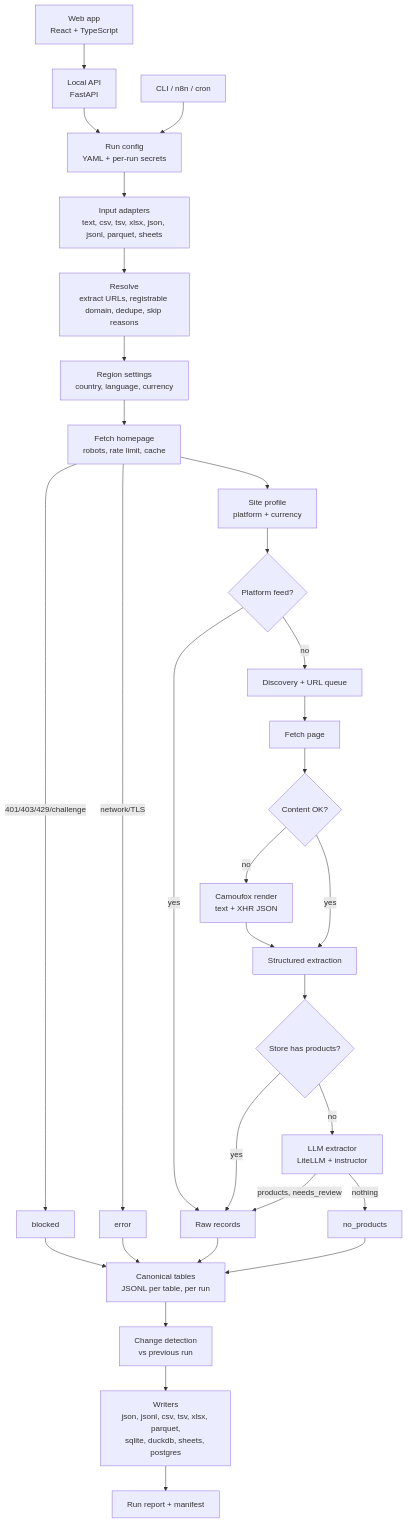
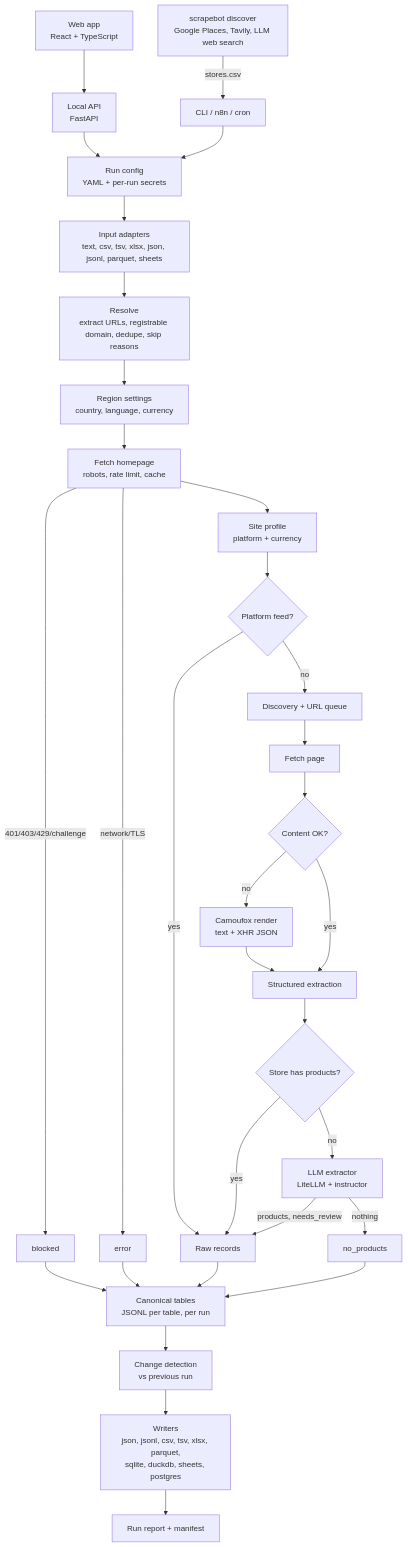
Before and after one commit to Wooden-Ships-Knits/scrapping-bot: the first of 2 diagrams in docs/architecture/overview.md, drawn with Mermaid. The commit also changed other lines of this file and 30 other files, not shown here.

First line of the commit message:
feat(discover): find knitwear stores before a run; flag knitwear products

````diff
--- a/docs/architecture/overview.md
+++ b/docs/architecture/overview.md
@@ -40,33 +44,34 @@
 ```mermaid
 flowchart TD
+    DS[scrapebot discover<br/>Google Places, Tavily, LLM web search] -->|stores.csv| CLI
     UI[Web app<br/>React + TypeScript] --> API[Local API<br/>FastAPI]
     API --> CFG[Run config<br/>YAML + per-run secrets]
     CLI[CLI / n8n / cron] --> CFG
     CFG --> IN[Input adapters<br/>text, csv, tsv, xlsx, json, jsonl, parquet, sheets]
     IN --> RS[Resolve<br/>extract URLs, registrable domain, dedupe, skip reasons]
     RS --> RG[Region settings<br/>country, language, currency]
     RG --> HP[Fetch homepage<br/>robots, rate limit, cache]
     HP -->|401/403/429/challenge| BL[blocked]
     HP -->|network/TLS| ER[error]
     HP --> PR[Site profile<br/>platform + currency]
     PR --> FD{Platform feed?}
     FD -->|yes| RAW[Raw records]
     FD -->|no| DQ[Discovery + URL queue]
     DQ --> F[Fetch page]
     F --> OK{Content OK?}
     OK -->|no| CF[Camoufox render<br/>text + XHR JSON]
     OK -->|yes| SX[Structured extraction]
     CF --> SX
     SX --> EN{Store has products?}
     EN -->|yes| RAW
     EN -->|no| LLM[LLM extractor<br/>LiteLLM + instructor]
     LLM -->|products, needs_review| RAW
     LLM -->|nothing| NP[no_products]
     RAW --> CAN[Canonical tables<br/>JSONL per table, per run]
     BL --> CAN
     ER --> CAN
     NP --> CAN
     CAN --> CH[Change detection<br/>vs previous run]
     CH --> W[Writers<br/>json, jsonl, csv, tsv, xlsx, parquet,<br/>sqlite, duckdb, sheets, postgres]
     W --> REP[Run report + manifest]
 ```
````
